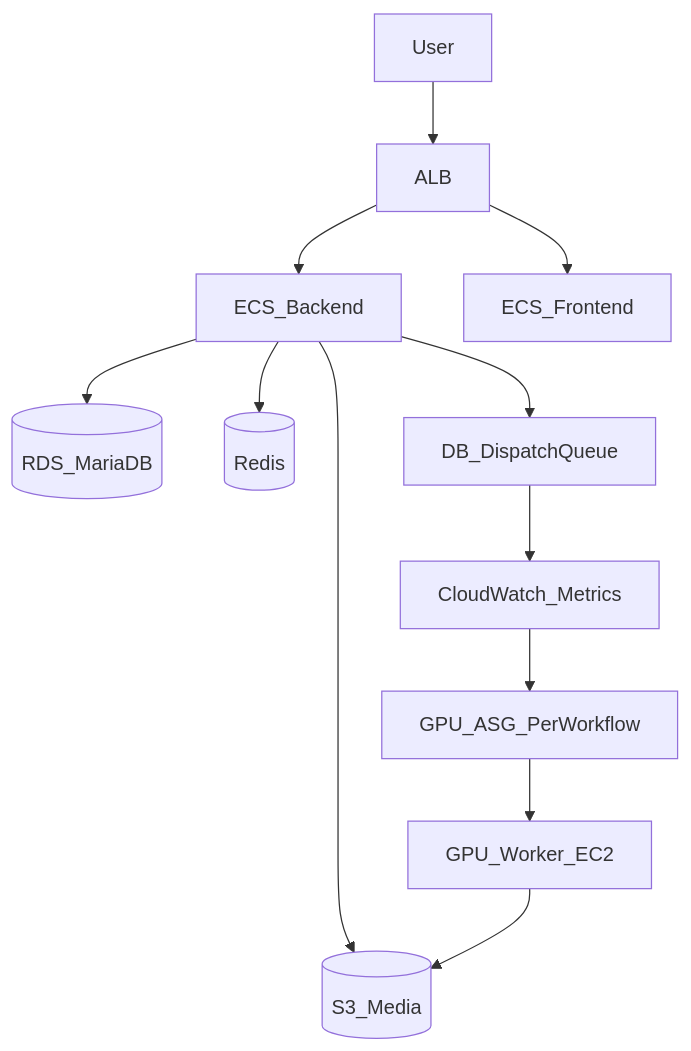
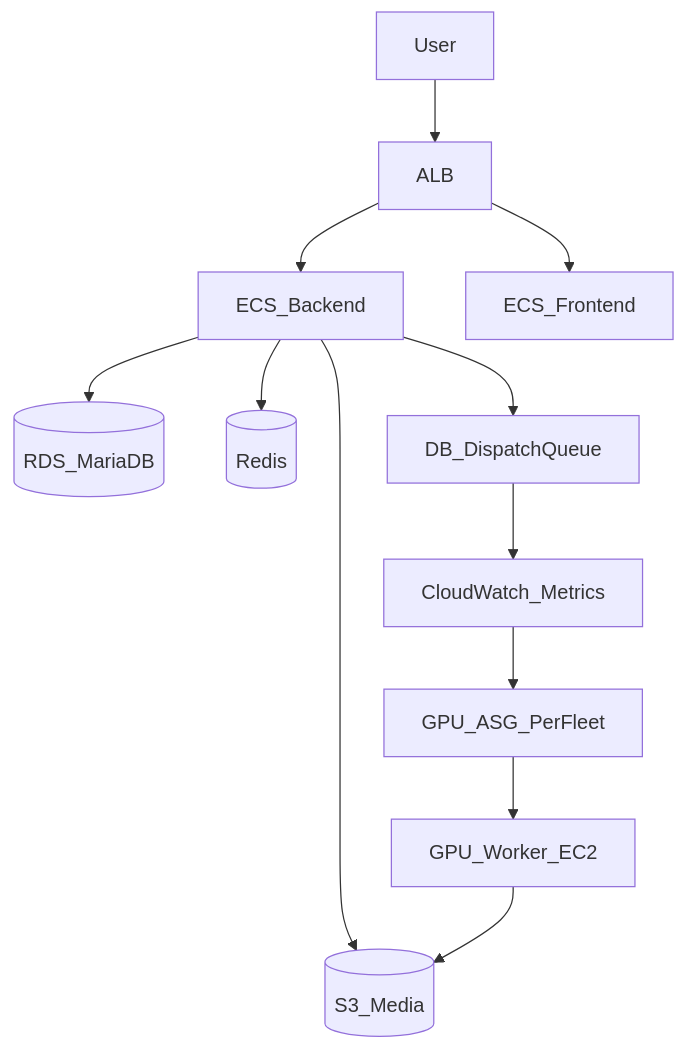
The diagram in infrastructure/DAY1_OPERATOR.md (maximkartsev/AI-Product-Manager), drawn with Mermaid before and after one commit. The commit also changed other lines of this file and 10 other files, not shown here.

Commit message:
Gpu fleet runbook, missing tests

````diff
--- a/infrastructure/DAY1_OPERATOR.md
+++ b/infrastructure/DAY1_OPERATOR.md
@@ -28,16 +28,16 @@
 ```mermaid
 flowchart TD
   user[User] --> alb[ALB]
   alb --> backend[ECS_Backend]
   alb --> frontend[ECS_Frontend]
 
   backend --> rds[(RDS_MariaDB)]
   backend --> redis[(Redis)]
   backend --> s3[(S3_Media)]
 
   backend --> dispatch[DB_DispatchQueue]
   dispatch --> metrics[CloudWatch_Metrics]
-  metrics --> asg[GPU_ASG_PerWorkflow]
+  metrics --> asg[GPU_ASG_PerFleet]
   asg --> worker[GPU_Worker_EC2]
   worker --> s3
 ```
````
